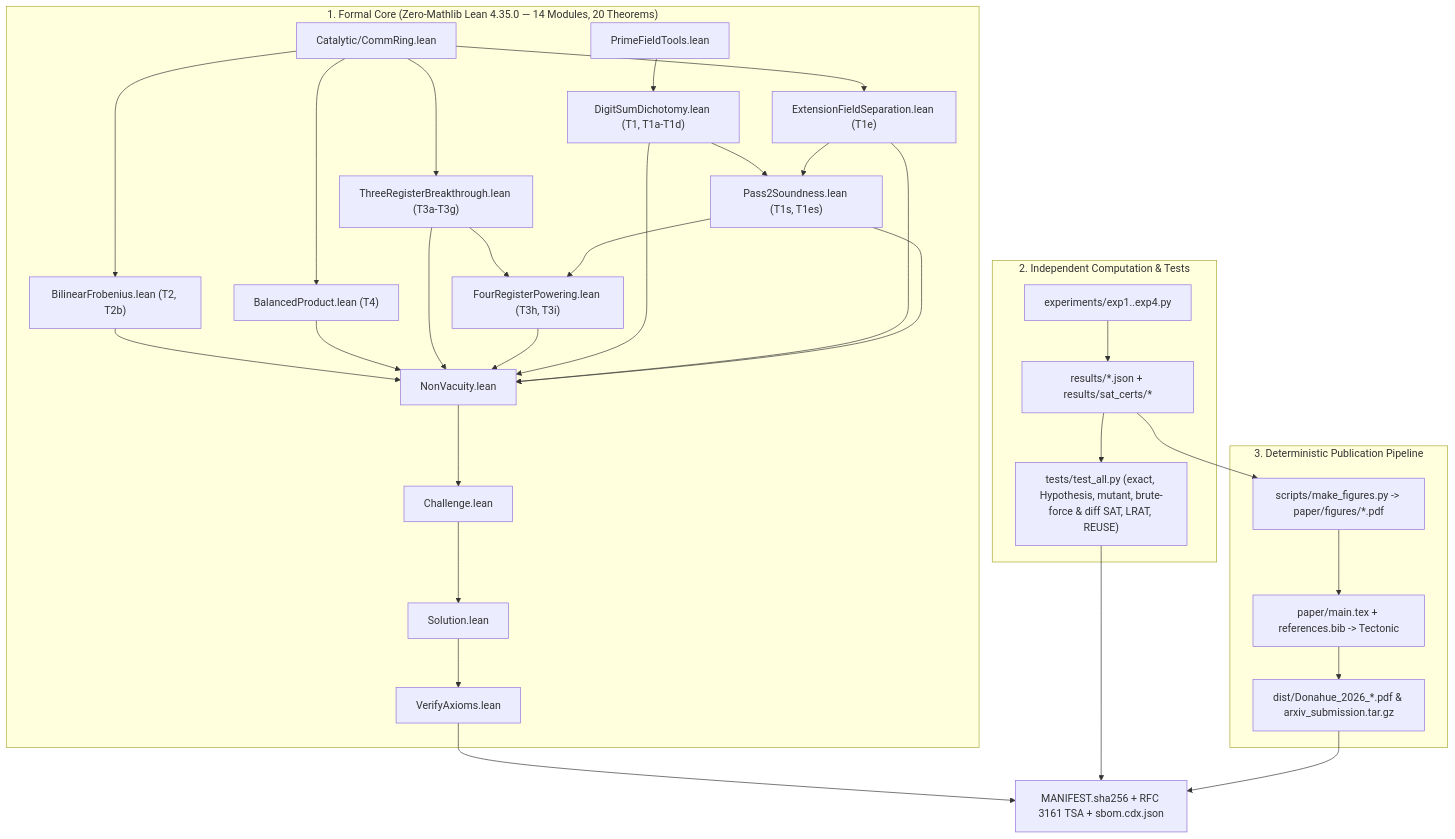
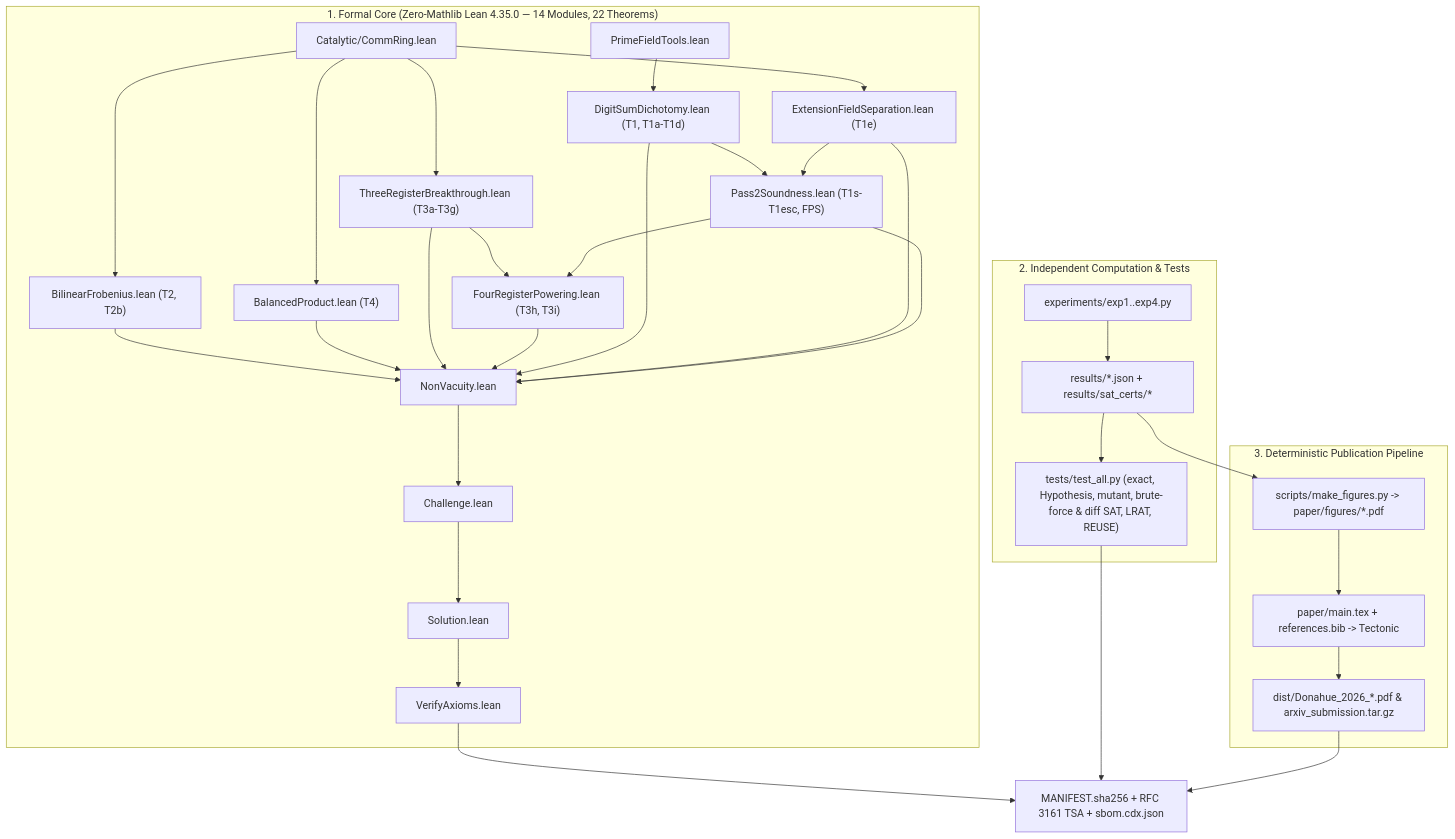
One commit to 0thernes/catalytic-register-frontiers changed the second of 2 diagrams in docs/architecture.md. Above: the diagram before and after it, drawn with Mermaid. The commit also changed other lines of this file and 51 other files, not shown here.

Commit message:
Pass 22: formalize FPS ring completeness (T1sc/T1esc), harden LRAT/citations/PWA CSP, and re-seal provenance

````diff
--- a/docs/architecture.md
+++ b/docs/architecture.md
@@ -20,27 +20,27 @@
 ```mermaid
 flowchart TD
-  subgraph Formal["1. Formal Core (Zero-Mathlib Lean 4.35.0 — 14 Modules, 20 Theorems)"]
+  subgraph Formal["1. Formal Core (Zero-Mathlib Lean 4.35.0 — 14 Modules, 22 Theorems)"]
     CR["Catalytic/CommRing.lean"] --> BF["BilinearFrobenius.lean (T2, T2b)"]
     CR --> BP["BalancedProduct.lean (T4)"]
     CR --> TR["ThreeRegisterBreakthrough.lean (T3a-T3g)"]
     TR --> FP["FourRegisterPowering.lean (T3h, T3i)"]
     PF["PrimeFieldTools.lean"] --> DS["DigitSumDichotomy.lean (T1, T1a-T1d)"]
     CR --> EF["ExtensionFieldSeparation.lean (T1e)"]
-    DS & EF --> PS["Pass2Soundness.lean (T1s, T1es)"]
+    DS & EF --> PS["Pass2Soundness.lean (T1s-T1esc, FPS)"]
     PS --> FP
     BF & BP & TR & FP & DS & EF & PS --> NV["NonVacuity.lean"]
     NV --> CH["Challenge.lean"] --> SOL["Solution.lean"] --> VA["VerifyAxioms.lean"]
   end
   subgraph Comp["2. Independent Computation & Tests"]
     EXP["experiments/exp1..exp4.py"] --> RES["results/*.json + results/sat_certs/*"]
     RES --> TST["tests/test_all.py (exact, Hypothesis, mutant, brute-force & diff SAT, LRAT, REUSE)"]
   end
   subgraph Pub["3. Deterministic Publication Pipeline"]
     RES --> FIG["scripts/make_figures.py -> paper/figures/*.pdf"]
     FIG --> TEX["paper/main.tex + references.bib -> Tectonic"]
     TEX --> OUT["dist/Donahue_2026_*.pdf & arxiv_submission.tar.gz"]
   end
   VA --> SHA["MANIFEST.sha256 + RFC 3161 TSA + sbom.cdx.json"]
   TST --> SHA
   OUT --> SHA
 ```
````
